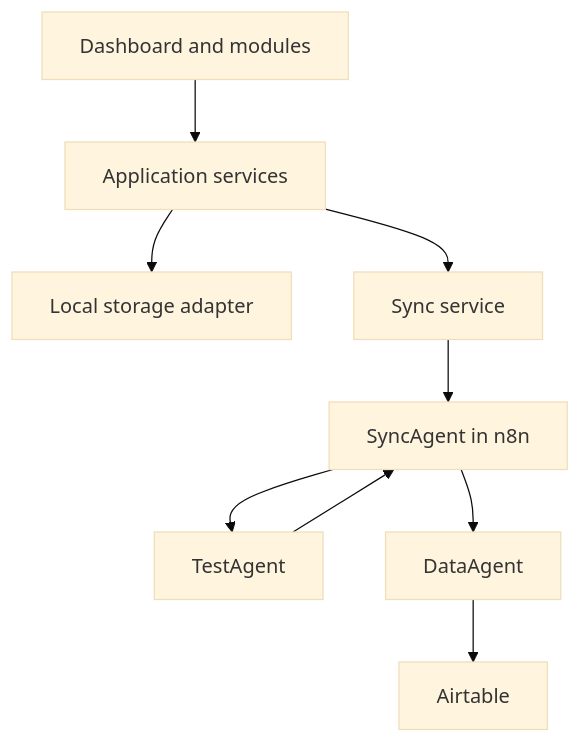
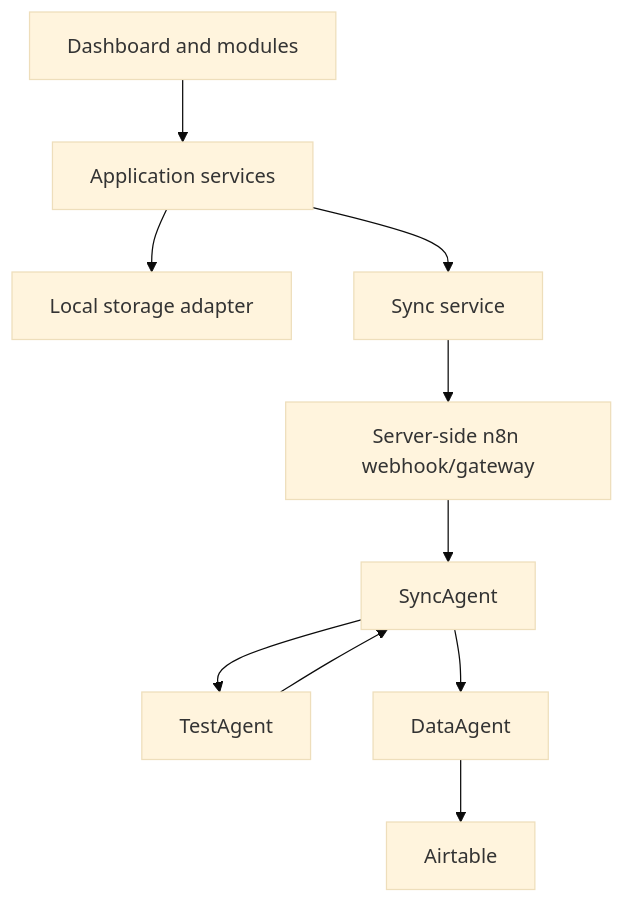
Before and after one commit to Varudan/goldendawn-os: the diagram in README.md, drawn with Mermaid (base theme). The commit also changed other lines of this file and 10 other files, not shown here.

````diff
--- a/README.md
+++ b/README.md
@@ -90,11 +99,12 @@
 ```mermaid
 flowchart TD
     UI["Dashboard and modules"] --> Services["Application services"]
     Services --> Local["Local storage adapter"]
     Services --> Sync["Sync service"]
-    Sync --> Agent["SyncAgent in n8n"]
+    Sync --> Gateway["Server-side n8n webhook/gateway"]
+    Gateway --> Agent["SyncAgent"]
     Agent --> Test["TestAgent"]
     Agent --> Data["DataAgent"]
     Test --> Agent
     Data --> Airtable["Airtable"]
 ```
````
